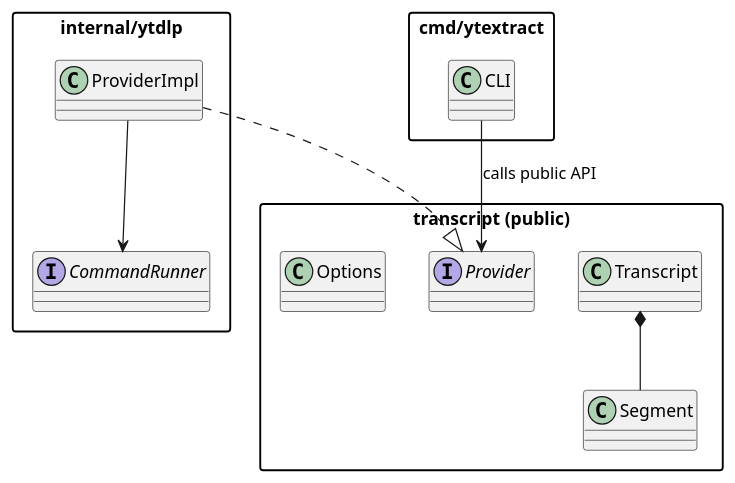
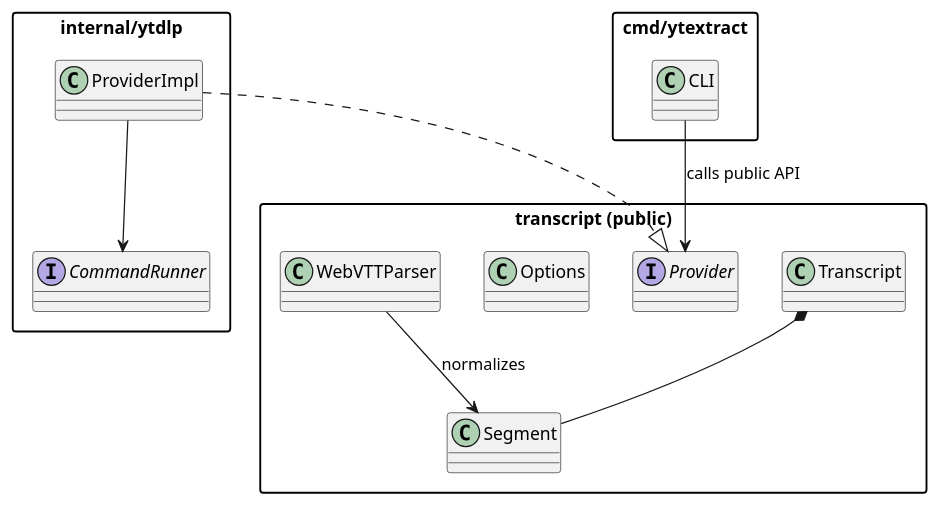
The diagram in docs/uml/packages.puml (mpsanders/voxscripta), drawn with PlantUML before and after one commit. The commit also changed 14 other files, not shown here.

```diff
--- a/docs/uml/packages.puml
+++ b/docs/uml/packages.puml
@@ -1,24 +1,26 @@
 @startuml
 skinparam packageStyle rectangle
 
 package "transcript (public)" {
   class Transcript
   class Segment
   interface Provider
   class Options
+  class WebVTTParser
 }
 
 package "internal/ytdlp" {
   class ProviderImpl
   interface CommandRunner
 }
 
 package "cmd/ytextract" {
   class CLI
 }
 
 CLI --> Provider : calls public API
 ProviderImpl ..|> Provider
 ProviderImpl --> CommandRunner
 Transcript *-- Segment
+WebVTTParser --> Segment : normalizes
 @enduml
```
